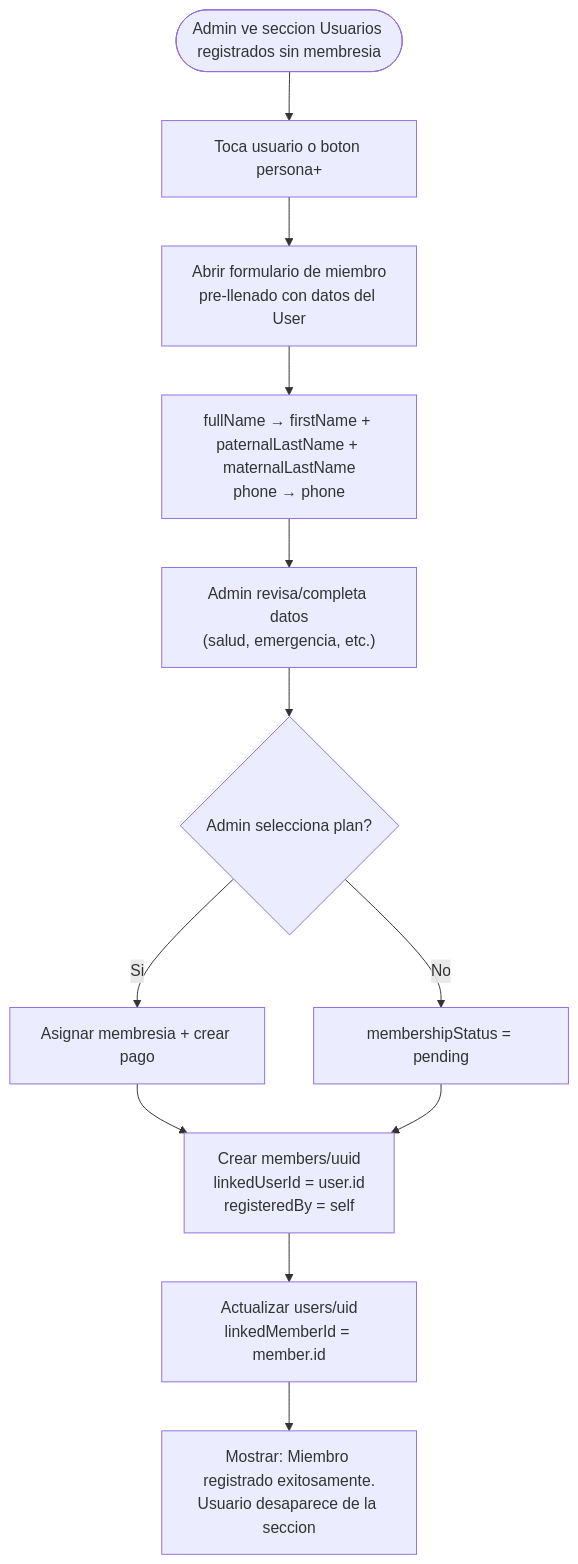
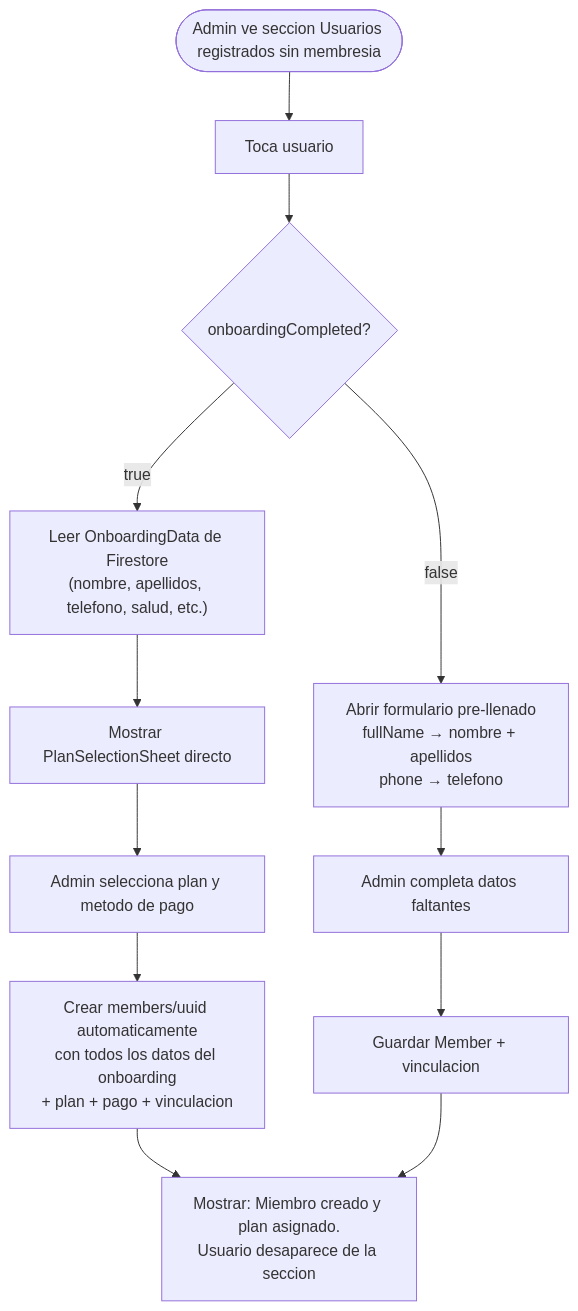
Before and after one commit to fsaldivar-dev/sajarubox-mcp: the third of 7 diagrams in knowledge/business-rules/04-member-registration.md, drawn with Mermaid. The commit also changed other lines of this file and 2 other files, not shown here.

First line of the commit message:
docs: flujo automático con OnboardingData para usuarios con onboarding completo

````diff
--- a/knowledge/business-rules/04-member-registration.md
+++ b/knowledge/business-rules/04-member-registration.md
@@ -177,14 +181,16 @@
 ```mermaid
 flowchart TD
-    Start([Admin ve seccion Usuarios registrados sin membresia]) --> SelectUser[Toca usuario o boton persona+]
-    SelectUser --> OpenForm["Abrir formulario de miembro\npre-llenado con datos del User"]
-    OpenForm --> PreFill["fullName → firstName + paternalLastName + maternalLastName\nphone → phone"]
-    PreFill --> AdminEdits["Admin revisa/completa datos\n(salud, emergencia, etc.)"]
-    AdminEdits --> SelectPlan{Admin selecciona plan?}
-    SelectPlan -->|Si| AssignPlan["Asignar membresia + crear pago"]
-    SelectPlan -->|No| SetPending["membershipStatus = pending"]
-    AssignPlan --> CreateMember["Crear members/uuid\nlinkedUserId = user.id\nregisteredBy = self"]
-    SetPending --> CreateMember
-    CreateMember --> LinkUser["Actualizar users/uid\nlinkedMemberId = member.id"]
-    LinkUser --> Success["Mostrar: Miembro registrado exitosamente.\nUsuario desaparece de la seccion"]
+    Start([Admin ve seccion Usuarios registrados sin membresia]) --> SelectUser[Toca usuario]
+    SelectUser --> CheckOnboarding{onboardingCompleted?}
+
+    CheckOnboarding -->|true| FetchOnboarding["Leer OnboardingData de Firestore\n(nombre, apellidos, telefono, salud, etc.)"]
+    FetchOnboarding --> ShowPlanSheet["Mostrar PlanSelectionSheet directo"]
+    ShowPlanSheet --> PickPlan[Admin selecciona plan y metodo de pago]
+    PickPlan --> AutoCreate["Crear members/uuid automaticamente\ncon todos los datos del onboarding\n+ plan + pago + vinculacion"]
+    AutoCreate --> Success["Mostrar: Miembro creado y plan asignado.\nUsuario desaparece de la seccion"]
+
+    CheckOnboarding -->|false| OpenForm["Abrir formulario pre-llenado\nfullName → nombre + apellidos\nphone → telefono"]
+    OpenForm --> AdminEdits["Admin completa datos faltantes"]
+    AdminEdits --> ManualSave["Guardar Member + vinculacion"]
+    ManualSave --> Success
 ```
````
